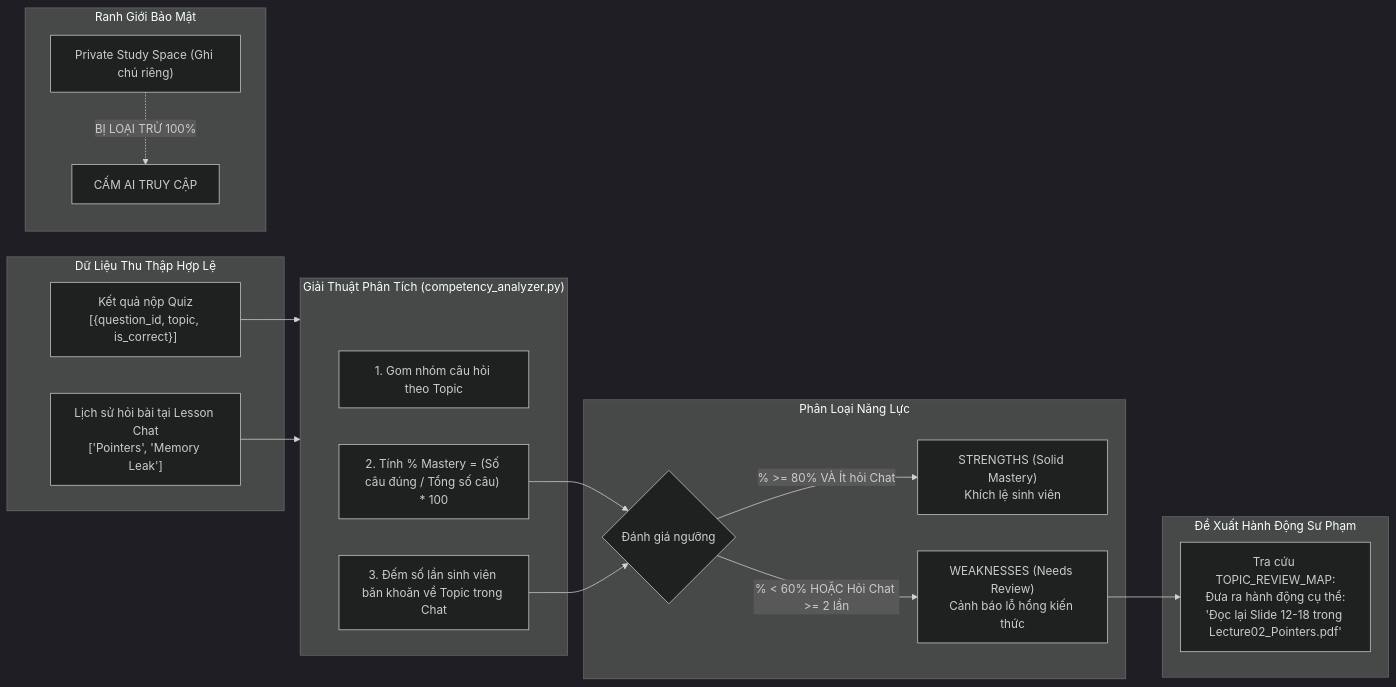
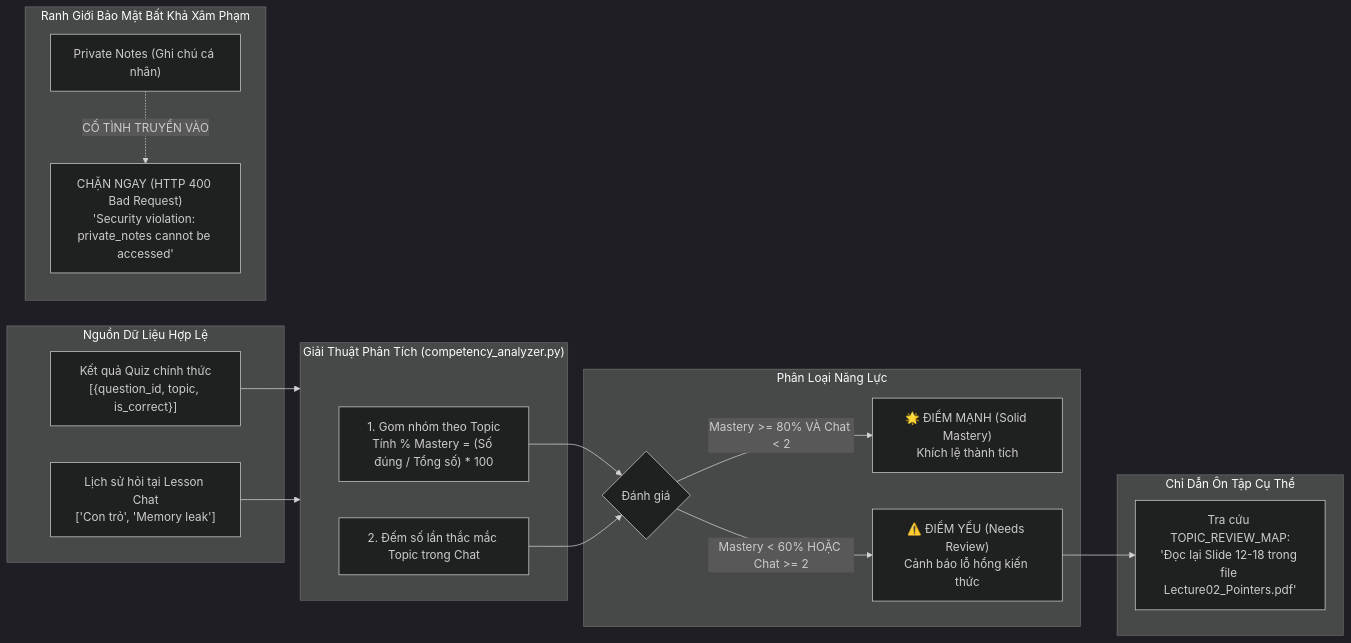
The third of 3 diagrams in rag/BAO_CAO_LUONG_VA_LOGIC.md (ngatt-17/Learning_Teaching), drawn with Mermaid (dark theme) before and after one commit. The commit also changed other lines of this file and 5 other files, not shown here.

First line of the commit message:
feat(ai): add competency analyzer, update AI logic report, and add git rules

````diff
--- a/rag/BAO_CAO_LUONG_VA_LOGIC.md
+++ b/rag/BAO_CAO_LUONG_VA_LOGIC.md
@@ -389,29 +221,28 @@
 ```mermaid
 flowchart LR
-    subgraph Inputs ["Dữ Liệu Thu Thập Hợp Lệ"]
-        Q["Kết quả nộp Quiz\n[{question_id, topic, is_correct}]"]
-        C["Lịch sử hỏi bài tại Lesson Chat\n['Pointers', 'Memory Leak']"]
+    subgraph AllowedInputs ["Nguồn Dữ Liệu Hợp Lệ"]
+        Q["Kết quả Quiz chính thức\n[{question_id, topic, is_correct}]"]
+        C["Lịch sử hỏi tại Lesson Chat\n['Con trỏ', 'Memory leak']"]
     end
 
-    subgraph FilterBoundary ["Ranh Giới Bảo Mật"]
-        P["Private Study Space (Ghi chú riêng)"] -.->|BỊ LOẠI TRỪ 100%| BLOCK["CẤM AI TRUY CẬP"]
+    subgraph SecurityBoundary ["Ranh Giới Bảo Mật Bất Khả Xâm Phạm"]
+        PN["Private Notes (Ghi chú cá nhân)"] -.->|CỐ TÌNH TRUYỀN VÀO| REJECT["CHẶN NGAY (HTTP 400 Bad Request)\n'Security violation: private_notes cannot be accessed'"]
     end
 
-    subgraph Calculation ["Giải Thuật Phân Tích (competency_analyzer.py)"]
-        CALC1["1. Gom nhóm câu hỏi theo Topic"]
-        CALC2["2. Tính % Mastery = (Số câu đúng / Tổng số câu) * 100"]
-        CALC3["3. Đếm số lần sinh viên băn khoăn về Topic trong Chat"]
+    subgraph Logic ["Giải Thuật Phân Tích (competency_analyzer.py)"]
+        CALC1["1. Gom nhóm theo Topic\nTính % Mastery = (Số đúng / Tổng số) * 100"]
+        CALC2["2. Đếm số lần thắc mắc Topic trong Chat"]
     end
 
-    subgraph Classification ["Phân Loại Năng Lực"]
-        CALC2 & CALC3 --> CHECK{"Đánh giá ngưỡng"}
-        CHECK -- "% >= 80% VÀ Ít hỏi Chat" --> S["STRENGTHS (Solid Mastery)\nKhích lệ sinh viên"]
-        CHECK -- "% < 60% HOẶC Hỏi Chat >= 2 lần" --> W["WEAKNESSES (Needs Review)\nCảnh báo lỗ hổng kiến thức"]
+    subgraph Classify ["Phân Loại Năng Lực"]
+        CALC1 & CALC2 --> EVAL{"Đánh giá"}
+        EVAL -- "Mastery >= 80% VÀ Chat < 2" --> S["🌟 ĐIỂM MẠNH (Solid Mastery)\nKhích lệ thành tích"]
+        EVAL -- "Mastery < 60% HOẶC Chat >= 2" --> W["⚠️ ĐIỂM YẾU (Needs Review)\nCảnh báo lỗ hổng kiến thức"]
     end
 
-    subgraph Action ["Đề Xuất Hành Động Sư Phạm"]
-        W --> MAP["Tra cứu TOPIC_REVIEW_MAP:\nĐưa ra hành động cụ thể:\n'Đọc lại Slide 12-18 trong Lecture02_Pointers.pdf'"]
+    subgraph Action ["Chỉ Dẫn Ôn Tập Cụ Thể"]
+        W --> MAP["Tra cứu TOPIC_REVIEW_MAP:\n'Đọc lại Slide 12-18 trong file Lecture02_Pointers.pdf'"]
     end
 
-    Q & C --> Calculation
+    Q & C --> Logic
 ```
````
